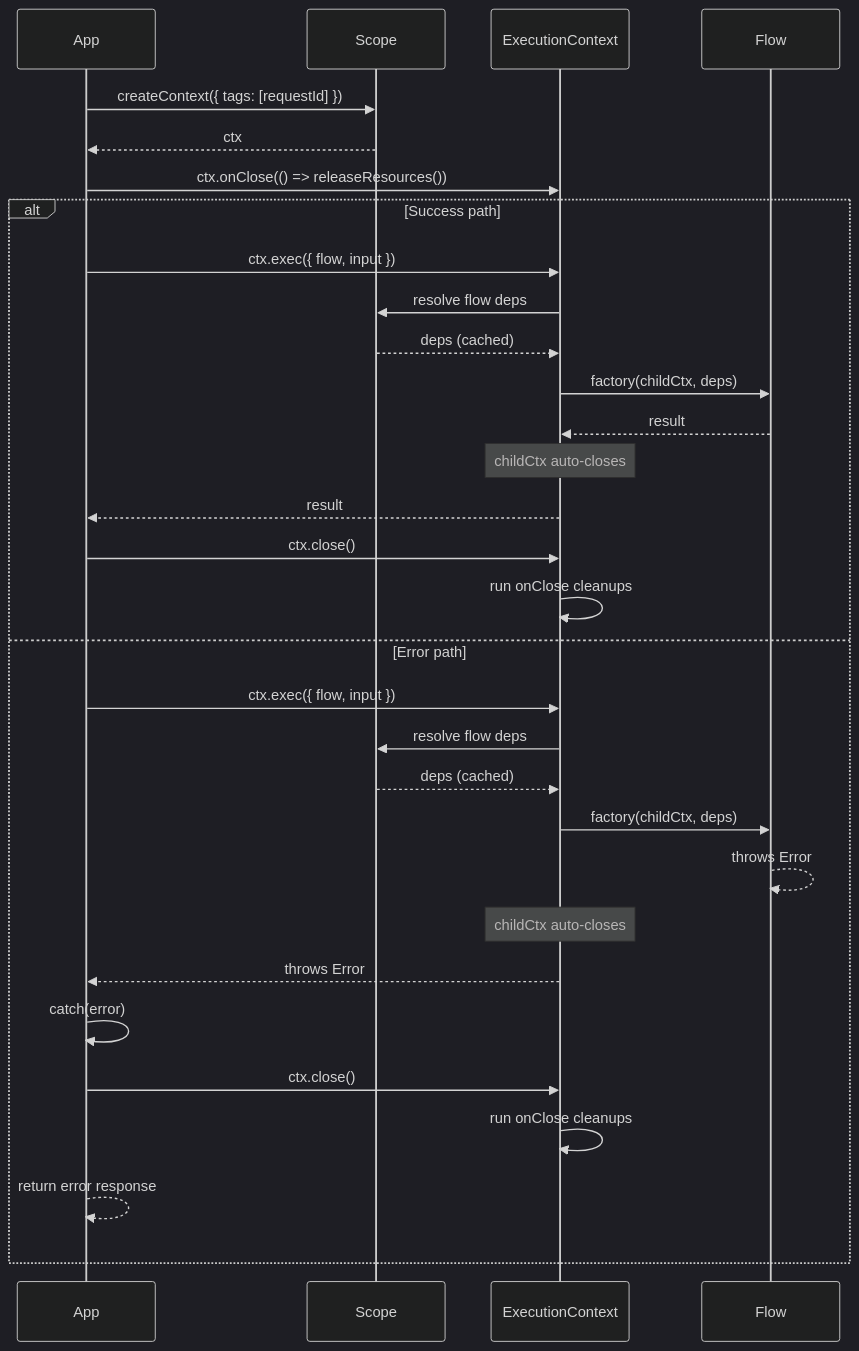
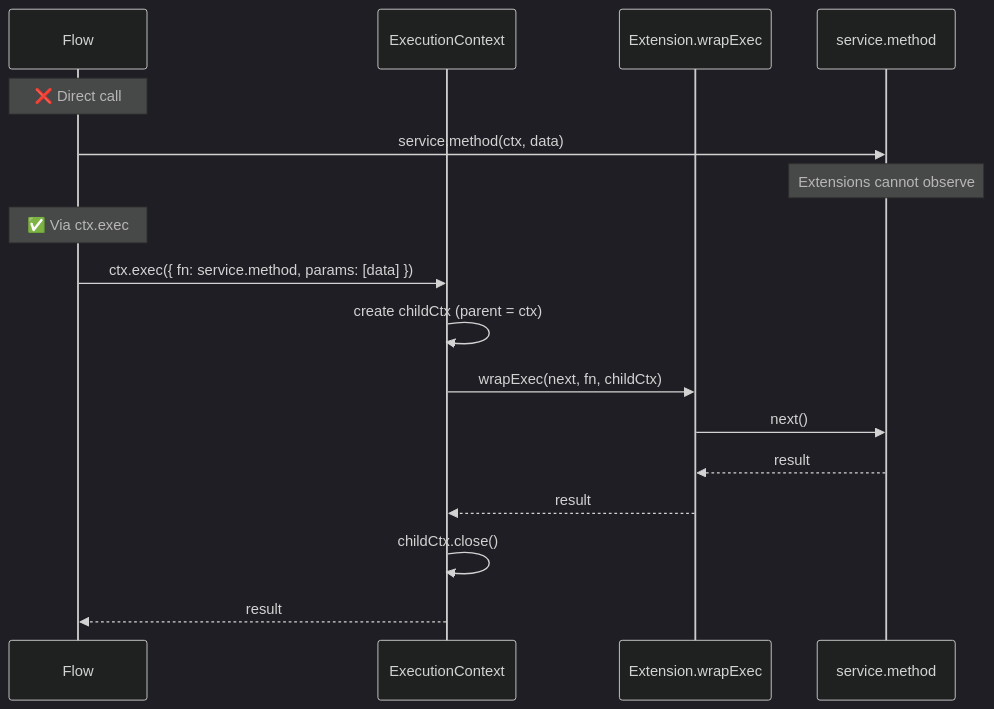
Before and after one commit to pumped-fn/pumped-fn: the third of 10 diagrams in packages/lite/PATTERNS.md, drawn with Mermaid (dark theme). The commit also changed other lines of this file and 2 other files, not shown here.

First line of the commit message:
docs(lite): add Flow Deps & Execution pattern to PATTERNS.md

````diff
--- a/packages/lite/PATTERNS.md
+++ b/packages/lite/PATTERNS.md
@@ -76,35 +116,21 @@
 ```mermaid
 sequenceDiagram
-    participant App
-    participant Scope
-    participant Context as ExecutionContext
     participant Flow
+    participant Ctx as ExecutionContext
+    participant Ext as Extension.wrapExec
+    participant Fn as service.method
 
-    App->>Scope: createContext({ tags: [requestId] })
-    Scope-->>App: ctx
-    App->>Context: ctx.onClose(() => releaseResources())
+    Note over Flow: ❌ Direct call
+    Flow->>Fn: service.method(ctx, data)
+    Note over Fn: Extensions cannot observe
 
-    alt Success path
-        App->>Context: ctx.exec({ flow, input })
-        Context->>Scope: resolve flow deps
-        Scope-->>Context: deps (cached)
-        Context->>Flow: factory(childCtx, deps)
-        Flow-->>Context: result
-        Note over Context: childCtx auto-closes
-        Context-->>App: result
-        App->>Context: ctx.close()
-        Context->>Context: run onClose cleanups
-    else Error path
-        App->>Context: ctx.exec({ flow, input })
-        Context->>Scope: resolve flow deps
-        Scope-->>Context: deps (cached)
-        Context->>Flow: factory(childCtx, deps)
-        Flow-->>Flow: throws Error
-        Note over Context: childCtx auto-closes
-        Context-->>App: throws Error
-        App->>App: catch(error)
-        App->>Context: ctx.close()
-        Context->>Context: run onClose cleanups
-        App-->>App: return error response
-    end
+    Note over Flow: ✅ Via ctx.exec
+    Flow->>Ctx: ctx.exec({ fn: service.method, params: [data] })
+    Ctx->>Ctx: create childCtx (parent = ctx)
+    Ctx->>Ext: wrapExec(next, fn, childCtx)
+    Ext->>Fn: next()
+    Fn-->>Ext: result
+    Ext-->>Ctx: result
+    Ctx->>Ctx: childCtx.close()
+    Ctx-->>Flow: result
 ```
````
